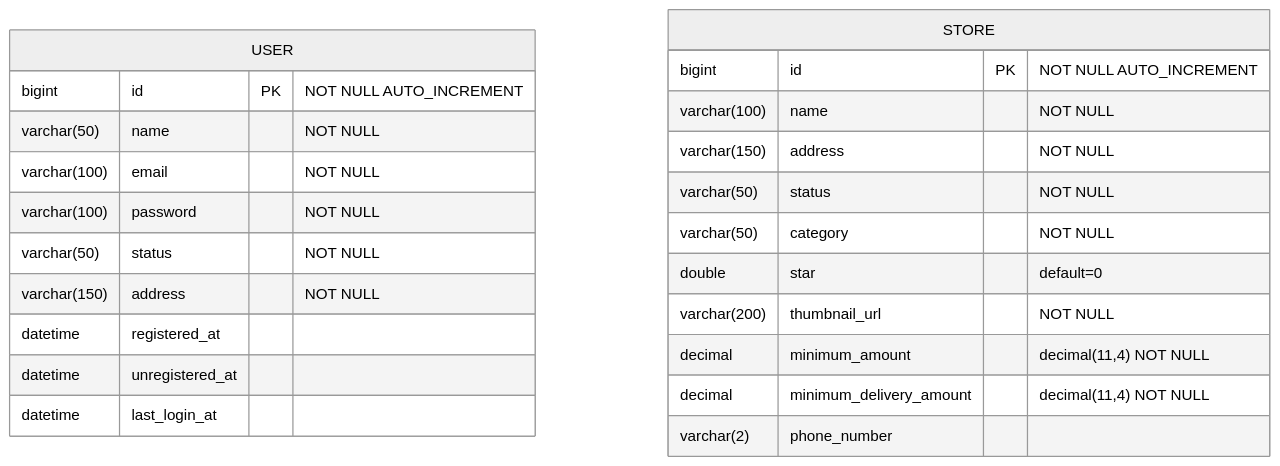
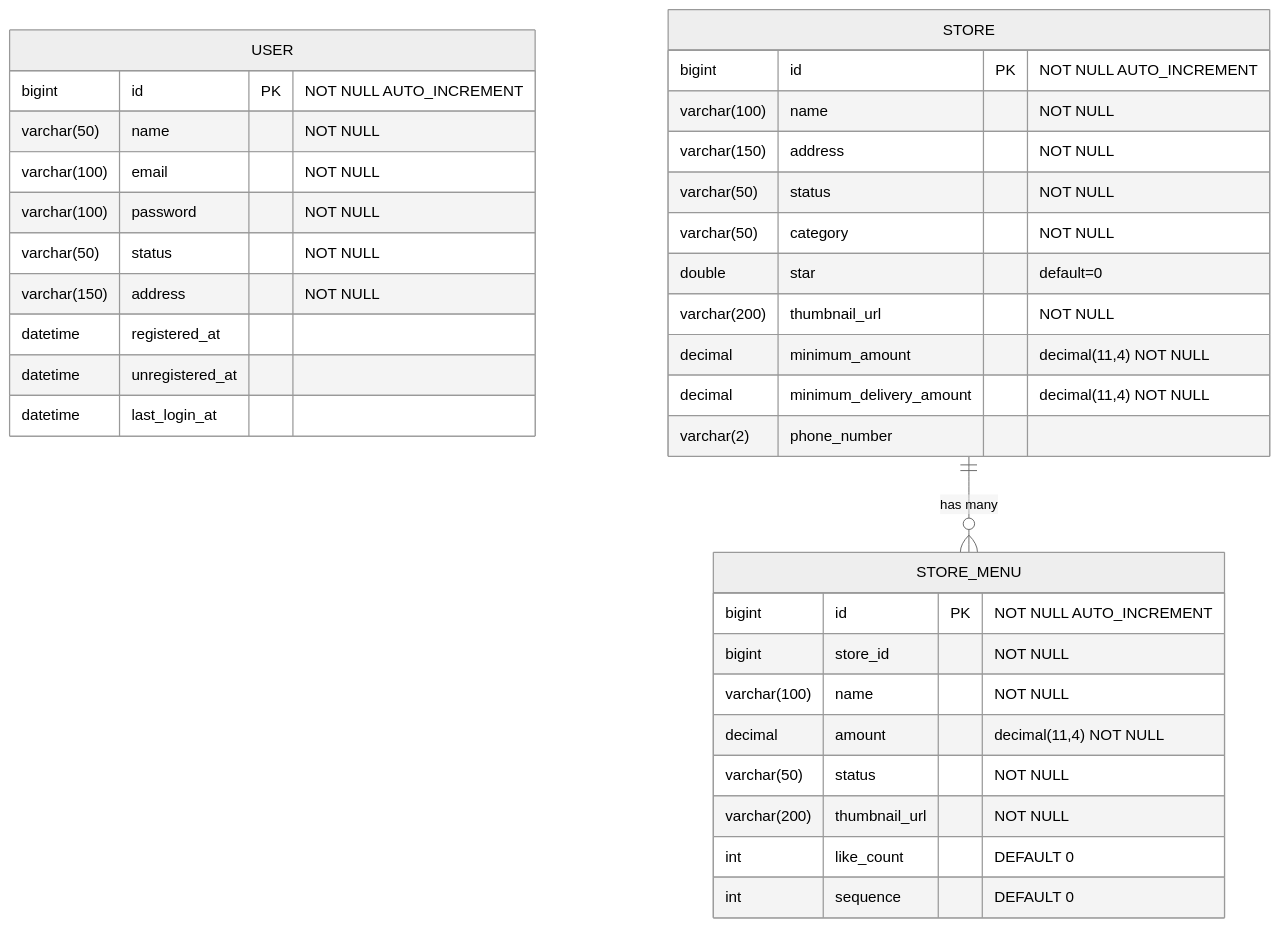
One commit to cdev2024/service changed the diagram in README.md. Above: the diagram before and after it, drawn with Mermaid (neutral theme). The commit also changed other lines of this file, not shown here.

````diff
--- a/README.md
+++ b/README.md
@@ -2,30 +2,43 @@
 ```mermaid
 ---
 delivery DB : ERD
 ---
 erDiagram
   USER{
     bigint id PK "NOT NULL AUTO_INCREMENT"
     varchar(50) name "NOT NULL"
     varchar(100) email "NOT NULL"
     varchar(100) password "NOT NULL"
     varchar(50) status "NOT NULL"
     varchar(150) address "NOT NULL"
     datetime registered_at
     datetime unregistered_at
     datetime last_login_at
   }
 
   STORE{
     bigint id PK "NOT NULL AUTO_INCREMENT"
     varchar(100) name "NOT NULL"
     varchar(150) address "NOT NULL"
     varchar(50) status "NOT NULL"
     varchar(50) category "NOT NULL"
     double star "default=0"
     varchar(200) thumbnail_url "NOT NULL"
     decimal minimum_amount "decimal(11,4) NOT NULL"
     decimal minimum_delivery_amount "decimal(11,4) NOT NULL"
     varchar(2) phone_number
   }
+
+STORE_MENU{
+  bigint id PK "NOT NULL AUTO_INCREMENT"
+  bigint store_id "NOT NULL"
+  varchar(100) name "NOT NULL"
+  decimal amount "decimal(11,4) NOT NULL"
+  varchar(50) status "NOT NULL"
+  varchar(200) thumbnail_url "NOT NULL"
+  int like_count  "DEFAULT 0"
+  int sequence "DEFAULT 0"
+}
+
+STORE ||--o{ STORE_MENU : "has many"
 ```
````
